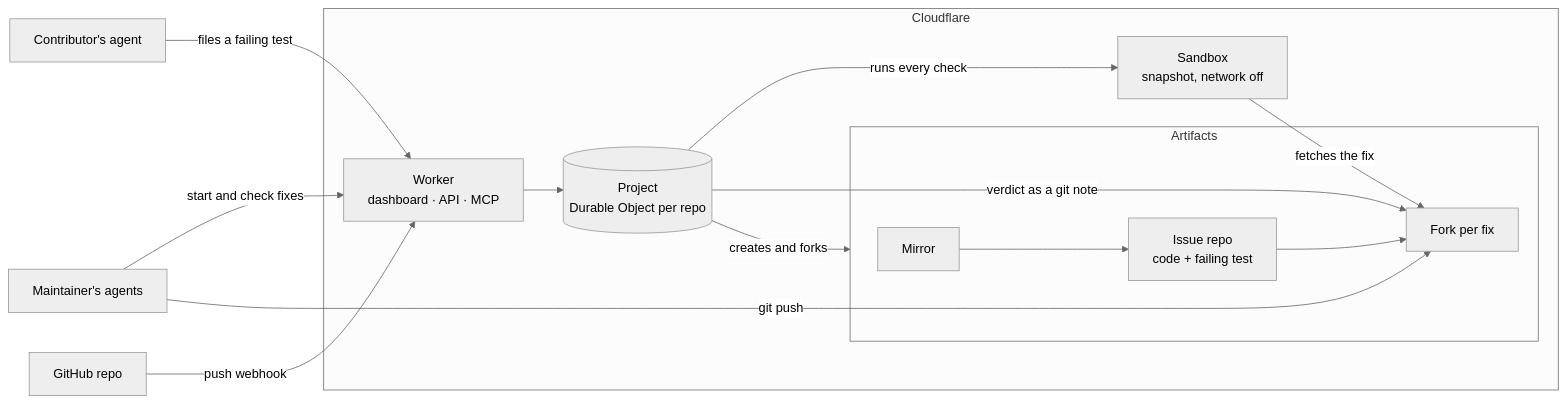
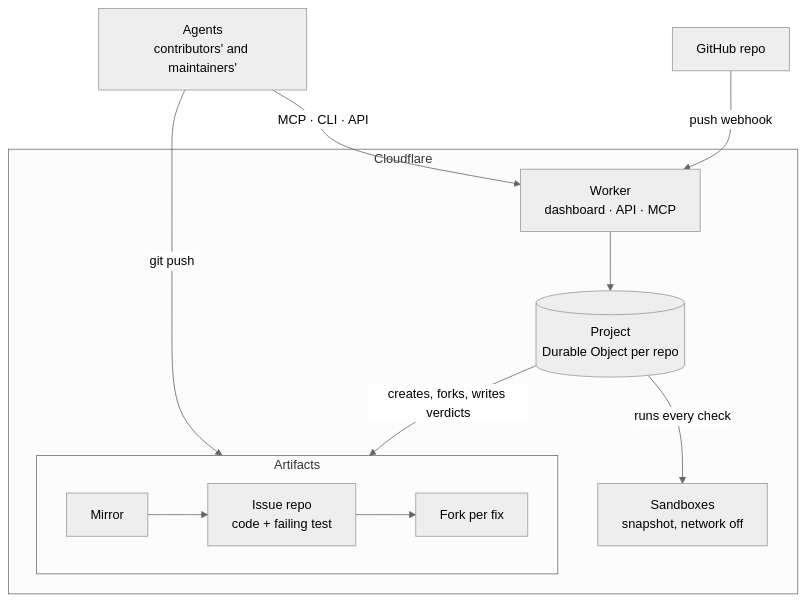
Before and after one commit to urjitc/forkin: the diagram in README.md, drawn with Mermaid (neutral theme).

Commit message:
docs: a simpler architecture diagram

````diff
--- a/README.md
+++ b/README.md
@@ -18,28 +18,22 @@
 ```mermaid
-flowchart LR
-    contributor["Contributor's agent"]
-    fixers["Maintainer's agents"]
+flowchart TB
+    agents["Agents<br/>contributors' and maintainers'"]
     github["GitHub repo"]
 
     subgraph cf["Cloudflare"]
         worker["Worker<br/>dashboard · API · MCP"]
         project[("Project<br/>Durable Object per repo")]
-        bench["Sandbox<br/>snapshot, network off"]
+        sandbox["Sandboxes<br/>snapshot, network off"]
         subgraph artifacts["Artifacts"]
-            mirror["Mirror"]
-            issue["Issue repo<br/>code + failing test"]
-            forks["Fork per fix"]
+            direction LR
+            mirror["Mirror"] --> issue["Issue repo<br/>code + failing test"] --> forks["Fork per fix"]
         end
     end
 
-    contributor -- "files a failing test" --> worker
-    fixers -- "start and check fixes" --> worker
-    fixers -- "git push" --> forks
+    agents -- "MCP · CLI · API" --> worker
+    agents -- "git push" --> forks
     github -- "push webhook" --> worker
     worker --> project
-    project -- "runs every check" --> bench
-    project -- "creates and forks" --> artifacts
-    mirror --> issue --> forks
-    bench -- "fetches the fix" --> forks
-    project -- "verdict as a git note" --> forks
+    project -- "runs every check" --> sandbox
+    project -- "creates, forks, writes verdicts" --> artifacts
 ```
````
